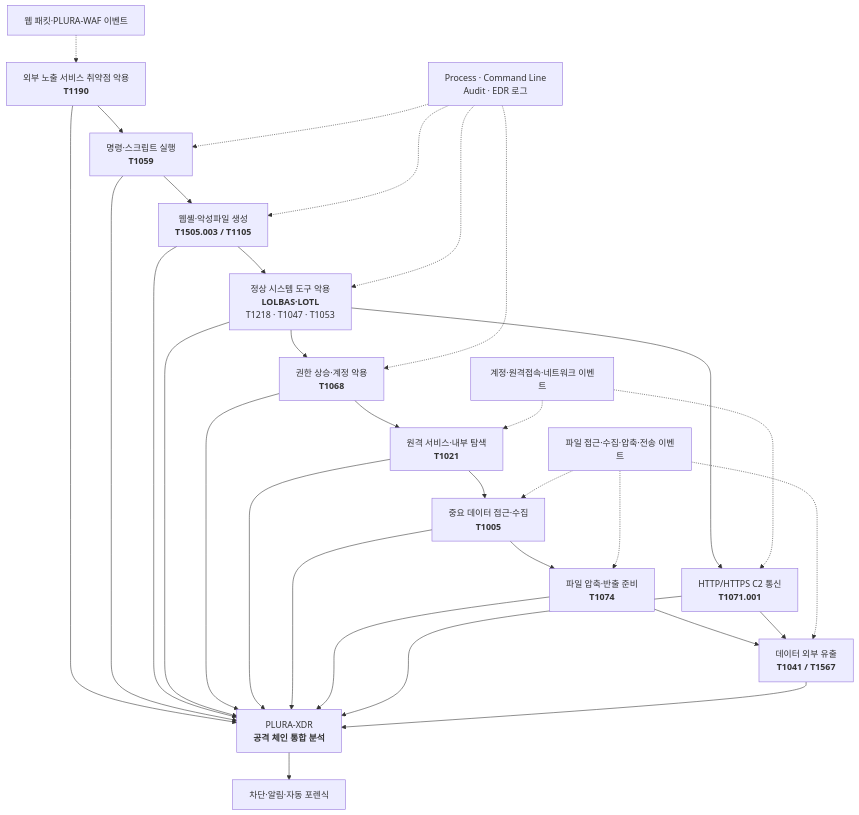
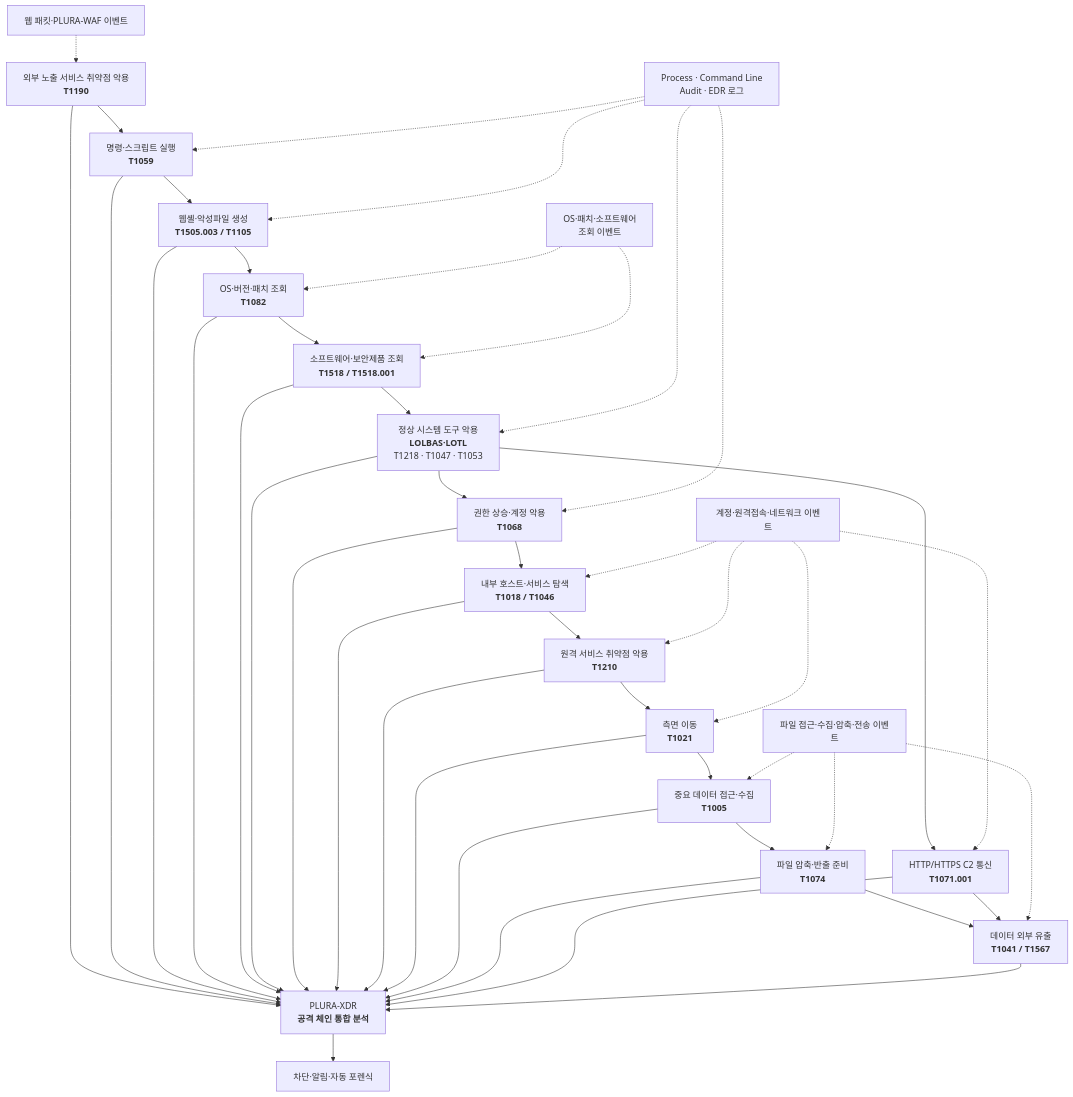
One commit to qubitsec/plura changed the third of 5 diagrams in ko/proposal/lg/poc-full.md. Above: the diagram before and after it, drawn with Mermaid. The commit also changed other lines of this file, not shown here.

````diff
--- a/ko/proposal/lg/poc-full.md
+++ b/ko/proposal/lg/poc-full.md
@@ -217,47 +254,61 @@
 ```mermaid
 flowchart TB
     T1190["외부 노출 서비스 취약점 악용<br/><b>T1190</b>"]
     EXEC["명령·스크립트 실행<br/><b>T1059</b>"]
     SHELL["웹셸·악성파일 생성<br/><b>T1505.003 / T1105</b>"]
+    SYSDISC["OS·버전·패치 조회<br/><b>T1082</b>"]
+    SWDISC["소프트웨어·보안제품 조회<br/><b>T1518 / T1518.001</b>"]
     LOTL["정상 시스템 도구 악용<br/><b>LOLBAS·LOTL</b><br/>T1218 · T1047 · T1053"]
     PRIV["권한 상승·계정 악용<br/><b>T1068</b>"]
-    MOVE["원격 서비스·내부 탐색<br/><b>T1021</b>"]
+    NETDISC["내부 호스트·서비스 탐색<br/><b>T1018 / T1046</b>"]
+    REMOTE["원격 서비스 취약점 악용<br/><b>T1210</b>"]
+    MOVE["측면 이동<br/><b>T1021</b>"]
     COLLECT["중요 데이터 접근·수집<br/><b>T1005</b>"]
     STAGE["파일 압축·반출 준비<br/><b>T1074</b>"]
     C2["HTTP/HTTPS C2 통신<br/><b>T1071.001</b>"]
     EXFIL["데이터 외부 유출<br/><b>T1041 / T1567</b>"]
 
     P1["웹 패킷·PLURA-WAF 이벤트"]
+    P2["OS·패치·소프트웨어<br/>조회 이벤트"]
     P3["Process · Command Line<br/>Audit · EDR 로그"]
     P4["계정·원격접속·네트워크 이벤트"]
     P5["파일 접근·수집·압축·전송 이벤트"]
     XDR["PLURA-XDR<br/><b>공격 체인 통합 분석</b>"]
     RESP["차단·알림·자동 포렌식"]
 
-    T1190 --> EXEC --> SHELL --> LOTL --> PRIV --> MOVE
+    T1190 --> EXEC --> SHELL --> SYSDISC --> SWDISC --> LOTL --> PRIV
+    PRIV --> NETDISC --> REMOTE --> MOVE
     MOVE --> COLLECT --> STAGE --> EXFIL
     LOTL --> C2 --> EXFIL
 
     P1 -.-> T1190
     P3 -.-> EXEC
     P3 -.-> SHELL
+    P2 -.-> SYSDISC
+    P2 -.-> SWDISC
     P3 -.-> LOTL
     P3 -.-> PRIV
+    P4 -.-> NETDISC
+    P4 -.-> REMOTE
     P4 -.-> MOVE
     P4 -.-> C2
     P5 -.-> COLLECT
     P5 -.-> STAGE
     P5 -.-> EXFIL
 
     T1190 --> XDR
     EXEC --> XDR
     SHELL --> XDR
+    SYSDISC --> XDR
+    SWDISC --> XDR
     LOTL --> XDR
     PRIV --> XDR
+    NETDISC --> XDR
+    REMOTE --> XDR
     MOVE --> XDR
     COLLECT --> XDR
     STAGE --> XDR
     C2 --> XDR
     EXFIL --> XDR
     XDR --> RESP
 ```
````
